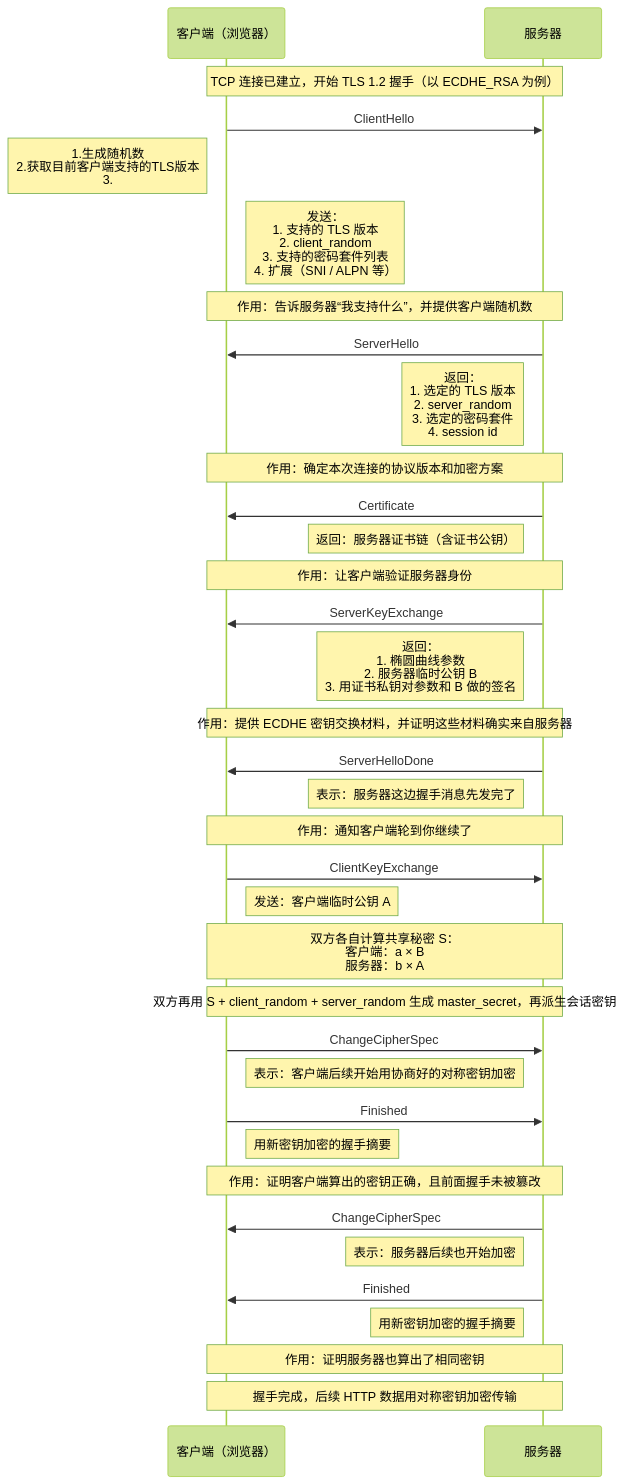
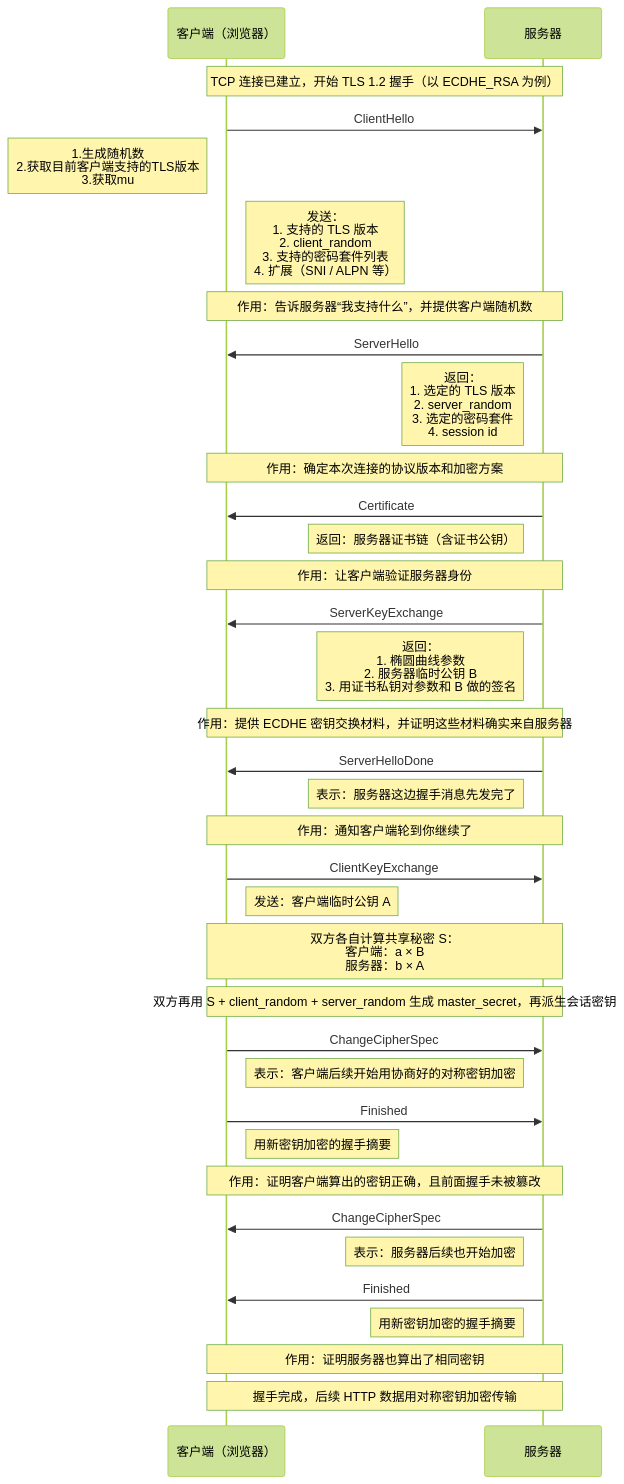
Before and after one commit to HY-10-8/iodraw-files: the diagram in all/TLS-1.2-ECDHA.md, drawn with Mermaid (forest theme).

Commit message:
2026-03-30 16:47:09 update

````diff
--- a/all/TLS-1.2-ECDHA.md
+++ b/all/TLS-1.2-ECDHA.md
@@ -1,50 +1,50 @@
 ```mermaid
 sequenceDiagram
     participant C as 客户端（浏览器）
     participant S as 服务器
 
     Note over C,S: TCP 连接已建立，开始 TLS 1.2 握手（以 ECDHE_RSA 为例）
 
     C->>S: ClientHello
-    Note left of C: 1.生成随机数<br/> 2.获取目前客户端支持的TLS版本<br/> 3.
+    Note left of C: 1.生成随机数<br/> 2.获取目前客户端支持的TLS版本<br/> 3.获取mu
     Note right of C: 发送：<br/>1. 支持的 TLS 版本<br/>2. client_random<br/>3. 支持的密码套件列表<br/>4. 扩展（SNI / ALPN 等）
     Note over C,S: 作用：告诉服务器“我支持什么”，并提供客户端随机数
 
     S->>C: ServerHello
     Note left of S: 返回：<br/>1. 选定的 TLS 版本<br/>2. server_random<br/>3. 选定的密码套件<br/>4. session id
     Note over C,S: 作用：确定本次连接的协议版本和加密方案
 
     S->>C: Certificate
     Note left of S: 返回：服务器证书链（含证书公钥）
     Note over C,S: 作用：让客户端验证服务器身份
 
     S->>C: ServerKeyExchange
     Note left of S: 返回：<br/>1. 椭圆曲线参数<br/>2. 服务器临时公钥 B<br/>3. 用证书私钥对参数和 B 做的签名
     Note over C,S: 作用：提供 ECDHE 密钥交换材料，并证明这些材料确实来自服务器
 
     S->>C: ServerHelloDone
     Note left of S: 表示：服务器这边握手消息先发完了
     Note over C,S: 作用：通知客户端轮到你继续了
 
     C->>S: ClientKeyExchange
     Note right of C: 发送：客户端临时公钥 A
     Note over C,S: 双方各自计算共享秘密 S：<br/>客户端：a × B<br/>服务器：b × A
 
     Note over C,S: 双方再用 S + client_random + server_random 生成 master_secret，再派生会话密钥
 
     C->>S: ChangeCipherSpec
     Note right of C: 表示：客户端后续开始用协商好的对称密钥加密
 
     C->>S: Finished
     Note right of C: 用新密钥加密的握手摘要
     Note over C,S: 作用：证明客户端算出的密钥正确，且前面握手未被篡改
 
     S->>C: ChangeCipherSpec
     Note left of S: 表示：服务器后续也开始加密
 
     S->>C: Finished
     Note left of S: 用新密钥加密的握手摘要
     Note over C,S: 作用：证明服务器也算出了相同密钥
 
     Note over C,S: 握手完成，后续 HTTP 数据用对称密钥加密传输
 ```
````
